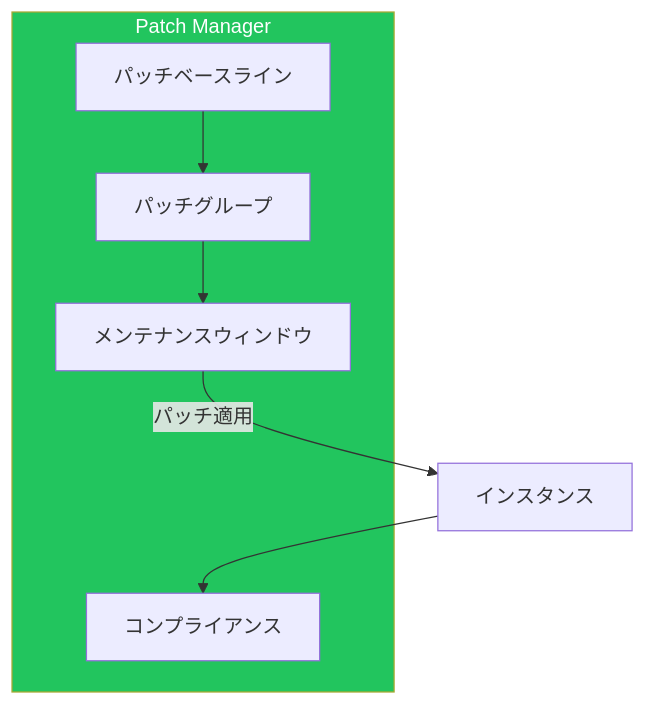
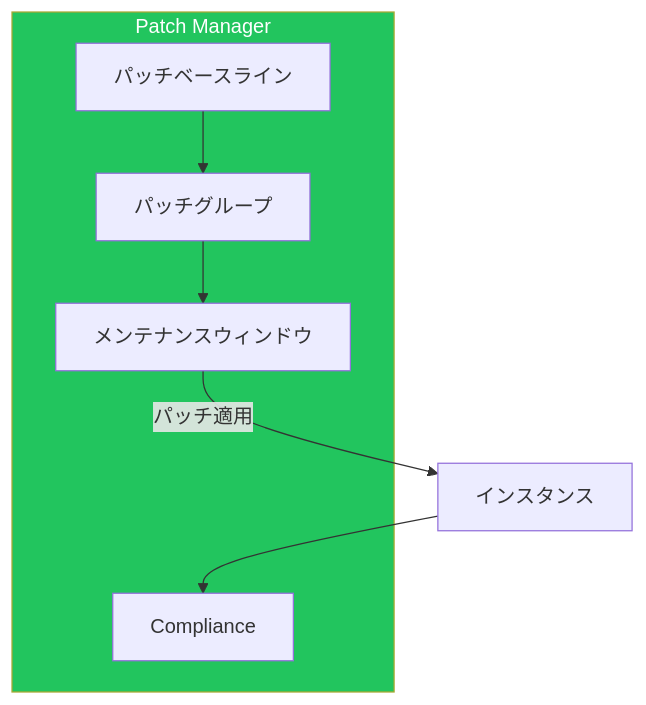
One commit to shunkus/shunku.net changed the fifth of 7 diagrams in content/blog/ja/aws-systems-manager-deep-dive.md. Above: the diagram before and after it, drawn with Mermaid. The commit also changed other lines of this file and 56 other files, not shown here.

````diff
--- a/content/blog/ja/aws-systems-manager-deep-dive.md
+++ b/content/blog/ja/aws-systems-manager-deep-dive.md
@@ -369,16 +369,16 @@
 ```mermaid
 flowchart TB
     subgraph PatchManager["Patch Manager"]
         Baseline["パッチベースライン"]
         Group["パッチグループ"]
         Window["メンテナンスウィンドウ"]
-        Compliance["コンプライアンス"]
+        Compliance["Compliance"]
     end
 
     Baseline --> Group
     Group --> Window
     Window --> |"パッチ適用"| Instances["インスタンス"]
     Instances --> Compliance
 
     style PatchManager fill:#22c55e,color:#fff
 ```
````
